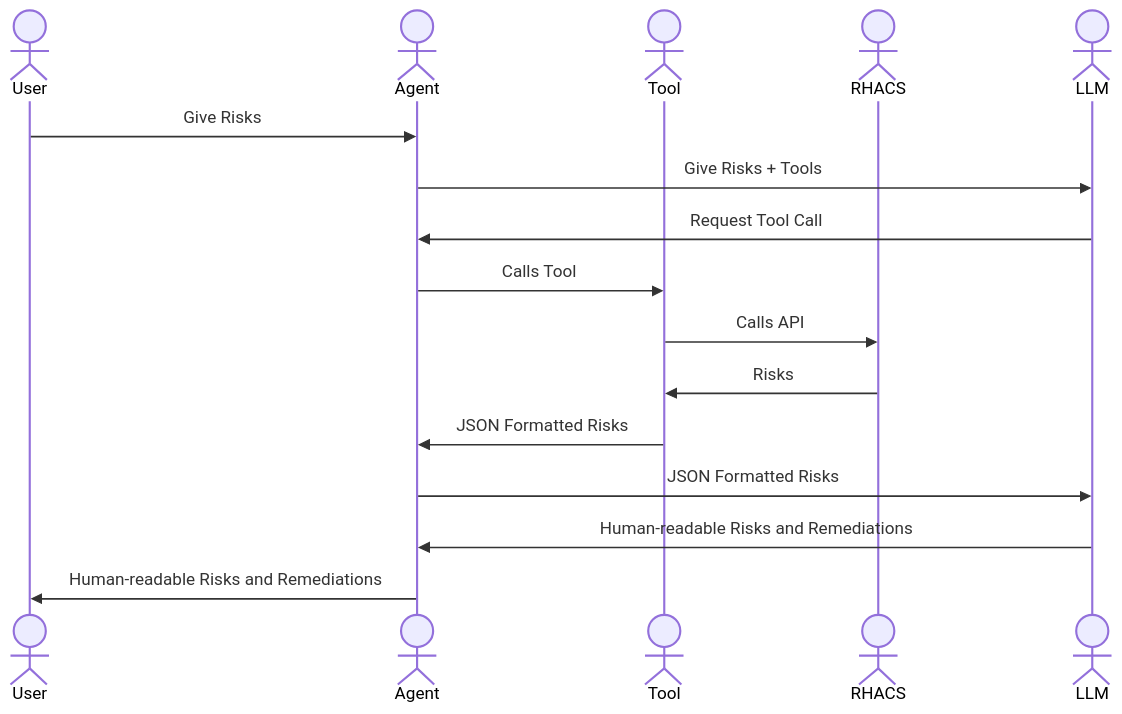
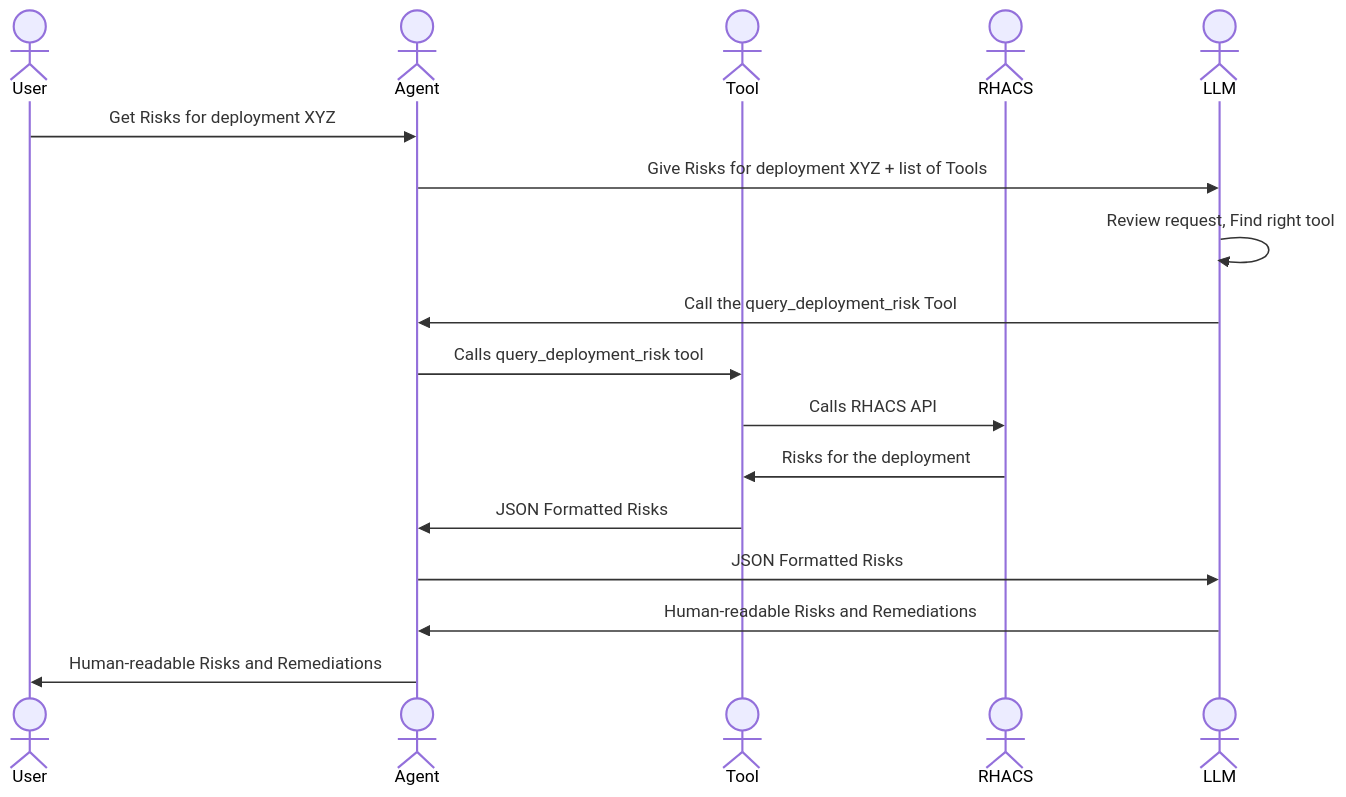
The diagram in TestLLMsequenceDiagram.mermaid (anjaltelang/testllm), drawn with Mermaid before and after one commit. The commit also changed other lines of this file and 4 other files, not shown here.

Commit message:
Cleaning up diagram

```diff
--- a/TestLLMsequenceDiagram.mermaid
+++ b/TestLLMsequenceDiagram.mermaid
@@ -1,16 +1,17 @@
 sequenceDiagram
         actor User
         actor Agent
         actor Tool
         actor RHACS
         actor LLM
-        User->>Agent: Give Risks
-        Agent->>LLM: Give Risks + Tools
-        LLM->>Agent: Request Tool Call
-        Agent->>Tool: Calls Tool
-        Tool->>RHACS: Calls API
-        RHACS->>Tool: Risks 
+        User->>Agent: Get Risks for deployment XYZ
+        Agent->>LLM: Give Risks for deployment XYZ + list of Tools
+        LLM->>LLM: Review request, Find right tool
+        LLM->>Agent: Call the query_deployment_risk Tool
+        Agent->>Tool: Calls query_deployment_risk tool 
+        Tool->>RHACS: Calls RHACS API
+        RHACS->>Tool: Risks for the deployment
         Tool->>Agent: JSON Formatted Risks
         Agent->>LLM: JSON Formatted Risks
         LLM->>Agent: Human-readable Risks and Remediations
         Agent->>User: Human-readable Risks and Remediations
```
